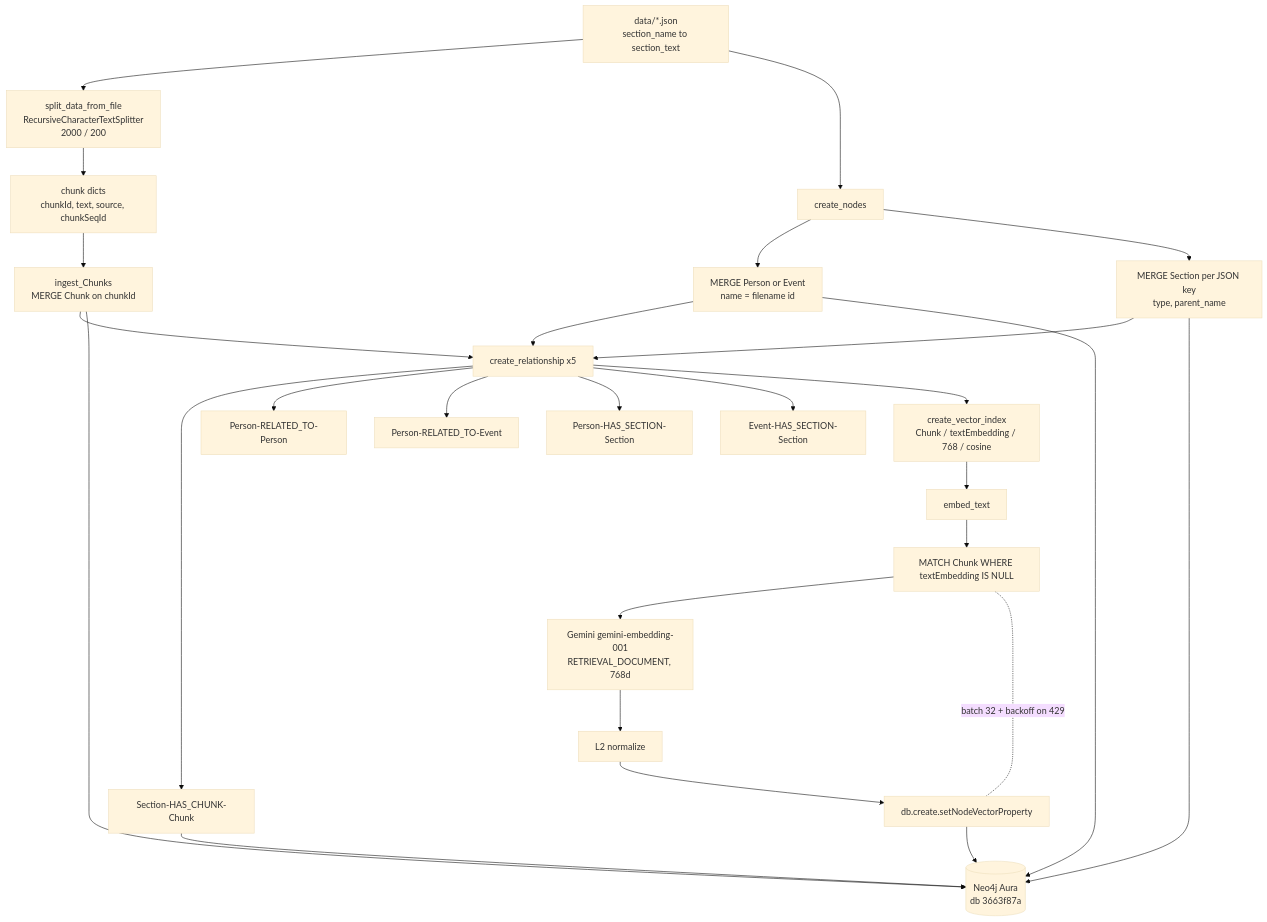
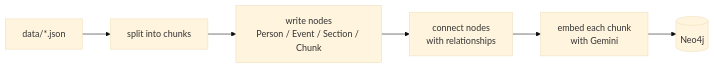
Before and after one commit to AbdullahYousaf-13/Hybrid-Vector-Graph-Rag: the first of 3 diagrams in docs/Flow.md, drawn with Mermaid (base theme). The commit also changed other lines of this file, not shown here.

Commit message:
Simplify Flow.md diagrams and add plain-language walkthrough

````diff
--- a/docs/Flow.md
+++ b/docs/Flow.md
@@ -10,34 +9,8 @@
 ```mermaid
-flowchart TD
-    A[data/*.json<br/>section_name to section_text] --> B[split_data_from_file<br/>RecursiveCharacterTextSplitter<br/>2000 / 200]
-    B --> C[chunk dicts<br/>chunkId, text, source, chunkSeqId]
-
-    A --> D[create_nodes]
-    D --> D1[MERGE Person or Event<br/>name = filename id]
-    D --> D2[MERGE Section per JSON key<br/>type, parent_name]
-
-    C --> E[ingest_Chunks<br/>MERGE Chunk on chunkId]
-
-    D1 --> F[create_relationship x5]
-    D2 --> F
-    E --> F
-    F --> F1[Section-HAS_CHUNK-Chunk]
-    F --> F2[Person-RELATED_TO-Person]
-    F --> F3[Person-RELATED_TO-Event]
-    F --> F4[Person-HAS_SECTION-Section]
-    F --> F5[Event-HAS_SECTION-Section]
-
-    F --> G[create_vector_index<br/>Chunk / textEmbedding / 768 / cosine]
-    G --> H[embed_text]
-    H --> H1[MATCH Chunk WHERE textEmbedding IS NULL]
-    H1 --> H2[Gemini gemini-embedding-001<br/>RETRIEVAL_DOCUMENT, 768d]
-    H2 --> H3[L2 normalize]
-    H3 --> H4[db.create.setNodeVectorProperty]
-    H4 -. batch 32 + backoff on 429 .- H1
-
-    H4 --> Z[(Neo4j Aura<br/>db 3663f87a)]
-    D1 --> Z
-    D2 --> Z
-    E --> Z
-    F1 --> Z
+flowchart LR
+    A[data/*.json] --> B[split into chunks]
+    B --> C[write nodes<br/>Person / Event / Section / Chunk]
+    C --> D[connect nodes<br/>with relationships]
+    D --> E[embed each chunk<br/>with Gemini]
+    E --> F[(Neo4j)]
 ```
````
